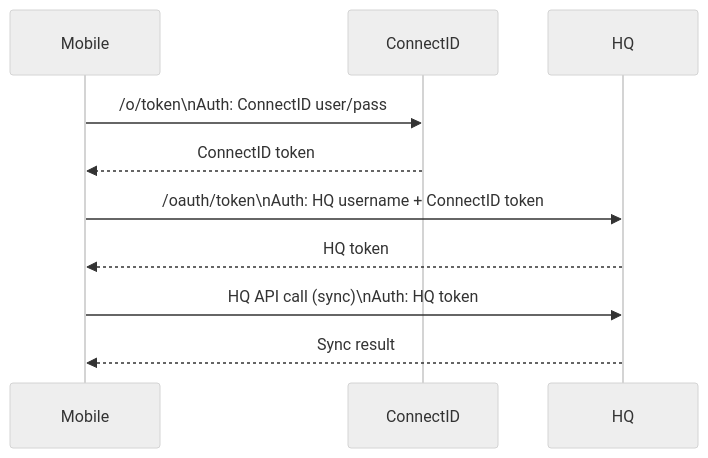
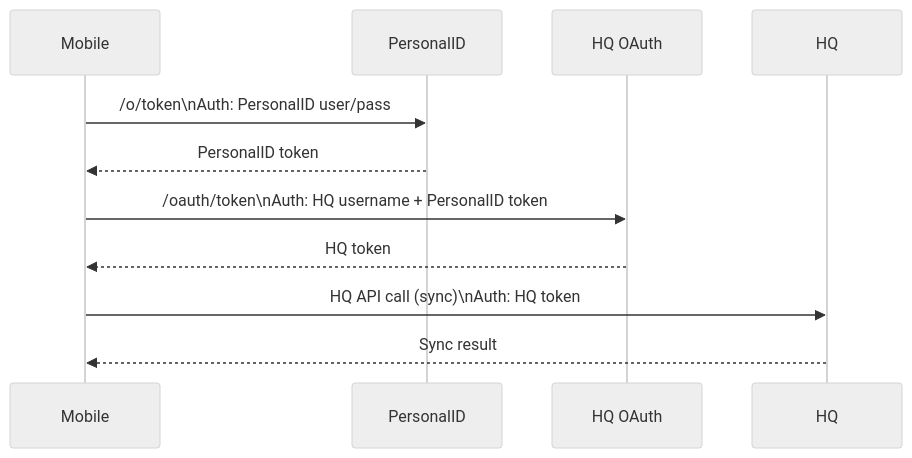
Before and after one commit to dimagi/commcare-android: the diagram in app/src/org/commcare/connect/personalid_oauth.md, drawn with Mermaid (neutral theme). The commit also changed other lines of this file, not shown here.

````diff
--- a/app/src/org/commcare/connect/personalid_oauth.md
+++ b/app/src/org/commcare/connect/personalid_oauth.md
@@ -90,15 +93,16 @@
 ```mermaid
 sequenceDiagram
     participant Mobile
-    participant ConnectID
+    participant PersonalID
+    participant HQ OAuth
     participant HQ
 
-    Mobile->>ConnectID: /o/token\nAuth: ConnectID user/pass
-    ConnectID-->>Mobile: ConnectID token
+    Mobile->>PersonalID: /o/token\nAuth: PersonalID user/pass
+    PersonalID-->>Mobile: PersonalID token
 
-    Mobile->>HQ: /oauth/token\nAuth: HQ username + ConnectID token
-    HQ-->>Mobile: HQ token
+    Mobile->>HQ OAuth: /oauth/token\nAuth: HQ username + PersonalID token
+    HQ OAuth-->>Mobile: HQ token
 
     Mobile->>HQ: HQ API call (sync)\nAuth: HQ token
     HQ-->>Mobile: Sync result
 ```
````
